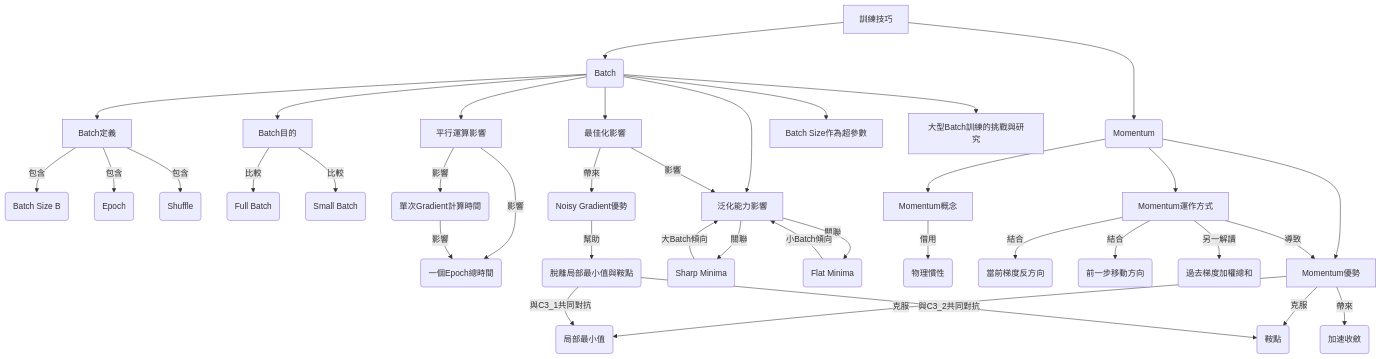
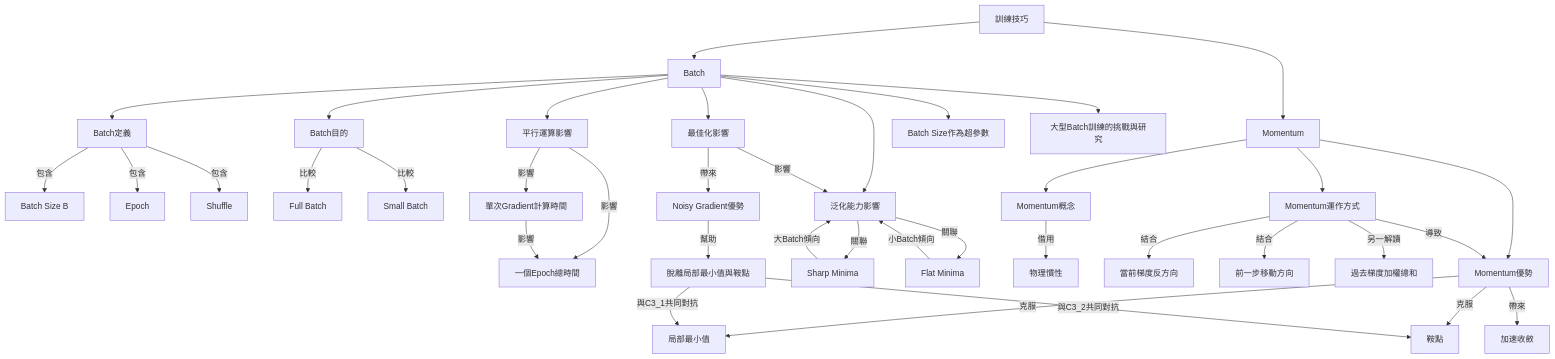
One commit to leo02311/ml2021-notes changed the diagram in content/ml2021_video05_notes.md. Above: the diagram before and after it, drawn with Mermaid. The commit also changed other lines of this file and 21 other files, not shown here.

Commit message:
feat: implement Level 3 visualizations and fix LaTeX/Mermaid syntax

````diff
--- a/content/ml2021_video05_notes.md
+++ b/content/ml2021_video05_notes.md
@@ -142,50 +142,50 @@
 ```mermaid
 graph TD
-    A["訓練技巧"] --> B("Batch");
-    A --> C("Momentum");
+    A["訓練技巧"] --> B["Batch"]
+    A --> C["Momentum"]
 
-    B --> B1["Batch定義"];
-    B1 -- "包含" --> B1_1("Batch Size B");
-    B1 -- "包含" --> B1_2("Epoch");
-    B1 -- "包含" --> B1_3("Shuffle");
+    B --> B1["Batch定義"]
+    B1 -- "包含" --> B1_1["Batch Size B"]
+    B1 -- "包含" --> B1_2["Epoch"]
+    B1 -- "包含" --> B1_3["Shuffle"]
 
-    B --> B2["Batch目的"];
-    B2 -- "比較" --> B2_1("Full Batch");
-    B2 -- "比較" --> B2_2("Small Batch");
+    B --> B2["Batch目的"]
+    B2 -- "比較" --> B2_1["Full Batch"]
+    B2 -- "比較" --> B2_2["Small Batch"]
 
-    B --> B3["平行運算影響"];
-    B3 -- "影響" --> B3_1("單次Gradient計算時間");
-    B3 -- "影響" --> B3_2("一個Epoch總時間");
-    B3_1 -- "影響" --> B3_2;
+    B --> B3["平行運算影響"]
+    B3 -- "影響" --> B3_1["單次Gradient計算時間"]
+    B3 -- "影響" --> B3_2["一個Epoch總時間"]
+    B3_1 -- "影響" --> B3_2
 
-    B --> B4["最佳化影響"];
-    B4 -- "帶來" --> B4_1("Noisy Gradient優勢");
-    B4_1 -- "幫助" --> B4_2("脫離局部最小值與鞍點");
+    B --> B4["最佳化影響"]
+    B4 -- "帶來" --> B4_1["Noisy Gradient優勢"]
+    B4_1 -- "幫助" --> B4_2["脫離局部最小值與鞍點"]
 
-    B --> B5["泛化能力影響"];
-    B5 -- "關聯" --> B5_1("Sharp Minima");
-    B5 -- "關聯" --> B5_2("Flat Minima");
-    B5_1 -- "大Batch傾向" --> B5;
-    B5_2 -- "小Batch傾向" --> B5;
-    B4 -- "影響" --> B5;
+    B --> B5["泛化能力影響"]
+    B5 -- "關聯" --> B5_1["Sharp Minima"]
+    B5 -- "關聯" --> B5_2["Flat Minima"]
+    B5_1 -- "大Batch傾向" --> B5
+    B5_2 -- "小Batch傾向" --> B5
+    B4 -- "影響" --> B5
 
-    B --> B6["Batch Size作為超參數"];
-    B --> B7["大型Batch訓練的挑戰與研究"];
+    B --> B6["Batch Size作為超參數"]
+    B --> B7["大型Batch訓練的挑戰與研究"]
 
-    C --> C1["Momentum概念"];
-    C1 -- "借用" --> C1_1("物理慣性");
+    C --> C1["Momentum概念"]
+    C1 -- "借用" --> C1_1["物理慣性"]
 
-    C --> C2["Momentum運作方式"];
-    C2 -- "結合" --> C2_1("當前梯度反方向");
-    C2 -- "結合" --> C2_2("前一步移動方向");
-    C2 -- "另一解讀" --> C2_3("過去梯度加權總和");
+    C --> C2["Momentum運作方式"]
+    C2 -- "結合" --> C2_1["當前梯度反方向"]
+    C2 -- "結合" --> C2_2["前一步移動方向"]
+    C2 -- "另一解讀" --> C2_3["過去梯度加權總和"]
 
-    C --> C3["Momentum優勢"];
-    C3 -- "克服" --> C3_1("局部最小值");
-    C3 -- "克服" --> C3_2("鞍點");
-    C3 -- "帶來" --> C3_3("加速收斂");
-    C2 -- "導致" --> C3;
+    C --> C3["Momentum優勢"]
+    C3 -- "克服" --> C3_1["局部最小值"]
+    C3 -- "克服" --> C3_2["鞍點"]
+    C3 -- "帶來" --> C3_3["加速收斂"]
+    C2 -- "導致" --> C3
 
-    B4_2 -- "與C3_1共同對抗" --> C3_1;
-    B4_2 -- "與C3_2共同對抗" --> C3_2;
+    B4_2 -- "與C3_1共同對抗" --> C3_1
+    B4_2 -- "與C3_2共同對抗" --> C3_2
 ```
````
